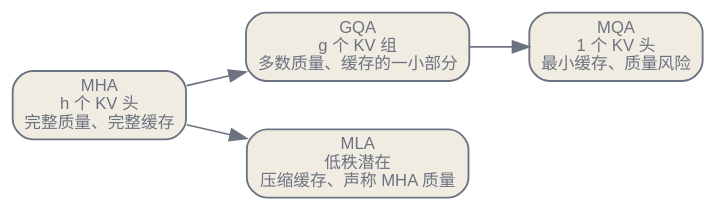
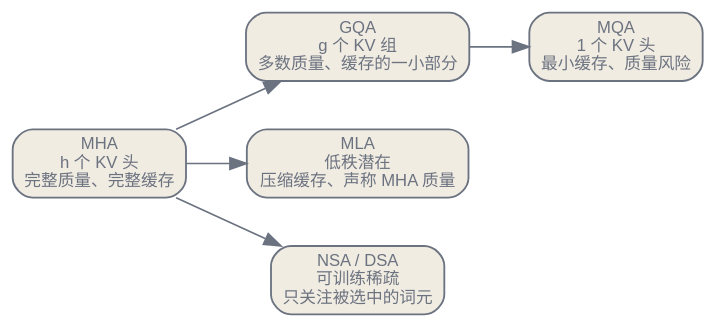
Before and after one commit to latere-ai/ai-as-an-infrastructure: the third of 3 diagrams in zh/foundations/04-transformer-architecture.qmd, drawn with Graphviz. The commit also changed other lines of this file and 14 other files, not shown here.

````diff
--- a/zh/foundations/04-transformer-architecture.qmd
+++ b/zh/foundations/04-transformer-architecture.qmd
@@ -170,20 +170,22 @@
 ```{dot}
 //| label: fig-cache-frontier
-//| fig-cap: "缓存压缩前沿。从 MHA 出发，GQA 与 MQA 沿一条分支用 KV 头换取更小的缓存，而 MLA 沿另一条分支把缓存压缩为一个低秩潜在表示。"
+//| fig-cap: "缓存压缩前沿。从 MHA 出发，GQA 与 MQA 沿一条分支用 KV 头换取更小的缓存，MLA 沿第二条分支把缓存压缩为一个低秩潜在表示，而可训练稀疏注意力（NSA、DSA）沿第三条分支直接裁剪要关注哪些词元。"
 digraph {
   bgcolor="transparent";
   rankdir=LR;
   nodesep=0.4; ranksep=0.5;
   node [shape=box, style="rounded,filled", fontname="Helvetica", fontsize=10, color="#6b7280", fontcolor="#6b7280", fillcolor="#f1ece1", penwidth=1.1];
   edge [fontsize=10, fontname="Helvetica", color="#6b7280", fontcolor="#6b7280"];
 
   MHA [label="MHA\nh 个 KV 头\n完整质量、完整缓存"];
   GQA [label="GQA\ng 个 KV 组\n多数质量、缓存的一小部分"];
   MQA [label="MQA\n1 个 KV 头\n最小缓存、质量风险"];
   MLA [label="MLA\n低秩潜在\n压缩缓存、声称 MHA 质量"];
+  NSA [label="NSA / DSA\n可训练稀疏\n只关注被选中的词元"];
 
   MHA -> GQA;
   GQA -> MQA;
   MHA -> MLA;
+  MHA -> NSA;
 }
 ```
````
